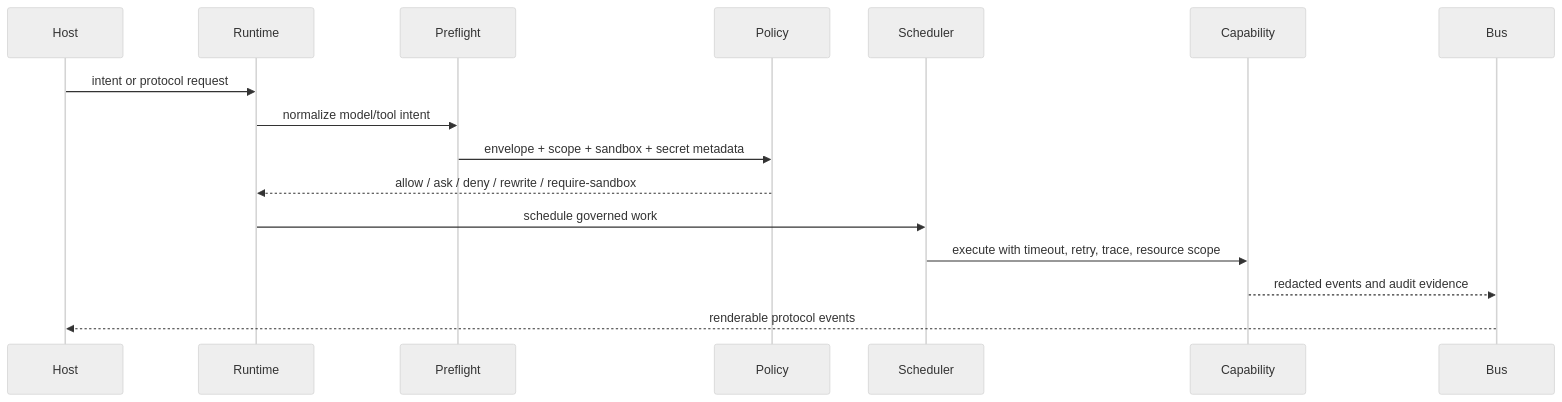
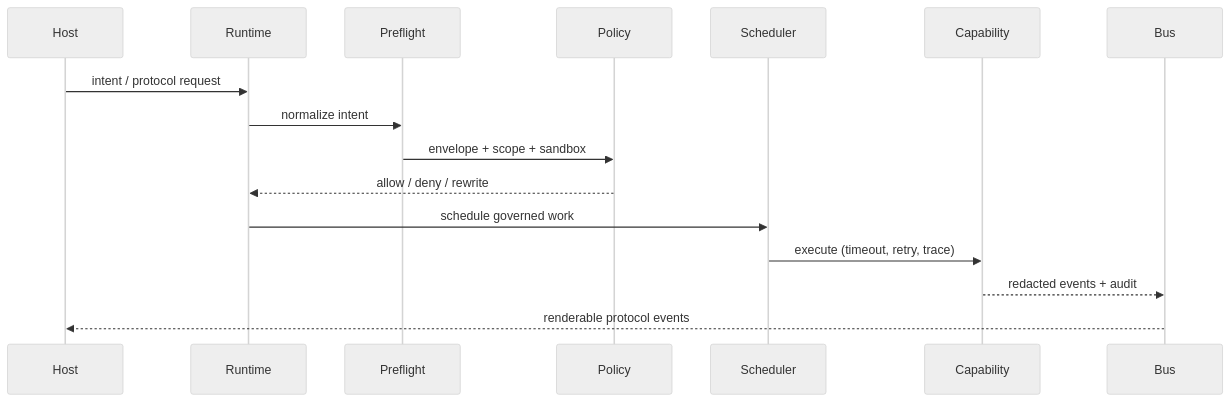
Before and after one commit to ankye/deepseek-cli: the first of 2 diagrams in README.md, drawn with Mermaid (neutral theme). The commit also changed other lines of this file, not shown here.

````diff
--- a/README.md
+++ b/README.md
@@ -125,19 +122,19 @@
 ```mermaid
 sequenceDiagram
   participant Host
   participant Runtime
   participant Preflight
   participant Policy
   participant Scheduler
   participant Capability
   participant Bus
 
-  Host->>Runtime: intent or protocol request
-  Runtime->>Preflight: normalize model/tool intent
-  Preflight->>Policy: envelope + scope + sandbox + secret metadata
-  Policy-->>Runtime: allow / ask / deny / rewrite / require-sandbox
+  Host->>Runtime: intent / protocol request
+  Runtime->>Preflight: normalize intent
+  Preflight->>Policy: envelope + scope + sandbox
+  Policy-->>Runtime: allow / deny / rewrite
   Runtime->>Scheduler: schedule governed work
-  Scheduler->>Capability: execute with timeout, retry, trace, resource scope
-  Capability-->>Bus: redacted events and audit evidence
+  Scheduler->>Capability: execute (timeout, retry, trace)
+  Capability-->>Bus: redacted events + audit
   Bus-->>Host: renderable protocol events
 ```
````
